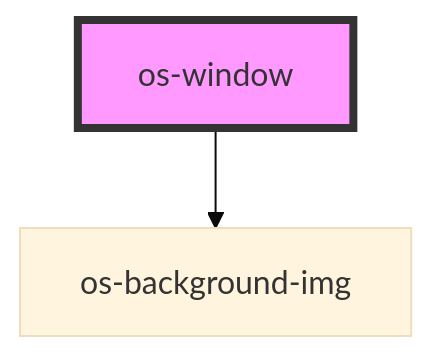
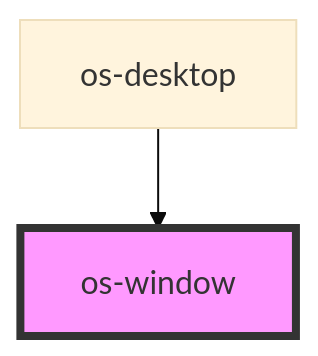
One commit to neko-chilyann/qx-os changed the diagram in src/components/os-window/readme.md. Above: the diagram before and after it, drawn with Mermaid (base theme). The commit also changed other lines of this file and 9 other files, not shown here.

````diff
--- a/src/components/os-window/readme.md
+++ b/src/components/os-window/readme.md
@@ -15,5 +15,5 @@
 ```mermaid
 graph TD;
-  os-window --> os-background-img
+  os-desktop --> os-window
   style os-window fill:#f9f,stroke:#333,stroke-width:4px
 ```
````
